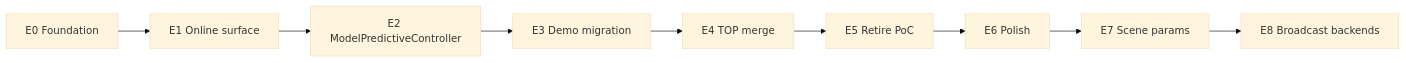
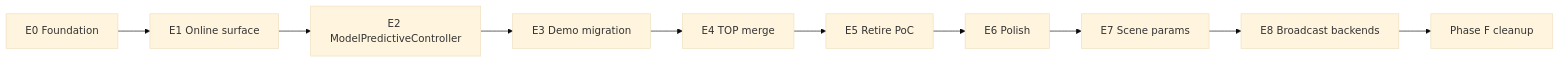
The diagram in docs/plans/mpc-rh-refactor/phases.md (alx87grd/minilink), drawn with Mermaid (base theme) before and after one commit. The commit also changed other lines of this file and 2 other files, not shown here.

First line of the commit message:
docs(planning): add phase-F post-refactor cleanup and recipe UX plan

````diff
--- a/docs/plans/mpc-rh-refactor/phases.md
+++ b/docs/plans/mpc-rh-refactor/phases.md
@@ -50,14 +50,15 @@
 ```mermaid
 flowchart LR
   E0[E0 Foundation]
   E1[E1 Online surface]
   E2[E2 ModelPredictiveController]
   E3[E3 Demo migration]
   E4[E4 TOP merge]
   E5[E5 Retire PoC]
   E6[E6 Polish]
   E7[E7 Scene params]
   E8[E8 Broadcast backends]
 
-  E0 --> E1 --> E2 --> E3 --> E4 --> E5 --> E6 --> E7 --> E8
+  E0 --> E1 --> E2 --> E3 --> E4 --> E5 -->   E6 --> E7 --> E8
+  E8 --> F[Phase F cleanup]
 ```
````
